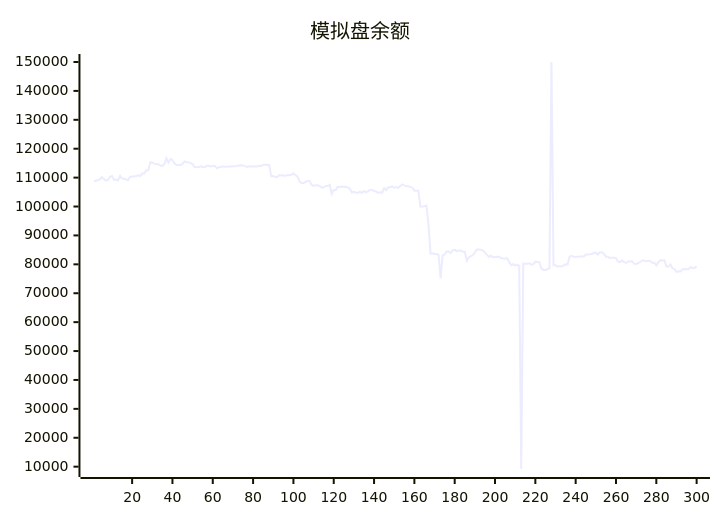
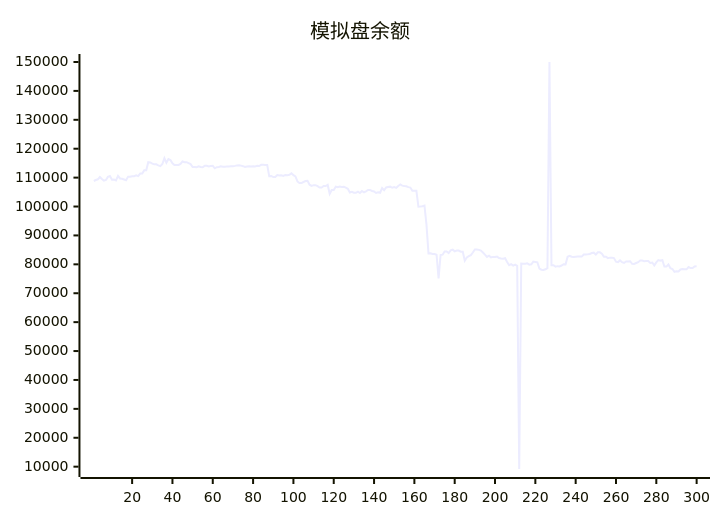
The diagram in README.md (aahl/ai-trading), drawn with Mermaid before and after one commit. The commit also changed other lines of this file and 1 other file, not shown here.

````diff
--- a/README.md
+++ b/README.md
@@ -5,5 +5,5 @@
 ```mermaid
 xychart
     title "模拟盘余额"
-    line [108863,108823,109162,109419,110224,109539,108945,109172,110262,110546,109304,109343,109053,110606,109702,109584,109337,109071,110342,110342,110488,110488,110814,110531,111421,111421,112518,112522,115341,115266,114830,114584,114588,114231,113973,114726,116697,115160,116423,116083,114950,114365,114365,114388,114730,115582,115358,115358,115032,114686,113688,113688,113610,113930,113672,113585,114083,114074,113840,113996,114051,113208,113593,113701,113901,113794,113784,113810,113848,113927,113929,114064,114232,114293,114144,113960,113698,113853,113942,113812,113908,113877,114091,113998,114427,114422,114384,114384,110477,110576,110198,110198,110890,110712,110812,110569,110929,110847,110968,111478,110870,110433,108661,108116,108115,108485,108797,108877,107536,107134,107393,107393,107046,106565,106565,107081,107081,107478,104404,105715,105749,106866,106651,106889,106771,106816,106565,106141,104876,105103,104796,104734,105169,104690,105380,104941,105272,105709,105739,105374,105227,104691,104924,104762,106364,105628,106608,106748,106872,106485,106721,106468,107132,107620,107224,107080,107001,106717,106567,105431,105431,105440,99950,100017,100113,100337,93749,83795,83807,83567,83567,83342,75168,83222,83336,84448,84449,83896,84839,85065,84499,84757,84757,84364,84347,81254,82385,82835,83184,84099,85150,85150,85002,84751,84096,83356,82582,82983,82404,82572,82512,82688,82200,82047,81920,82125,80840,79688,80060,79552,79920,79470,9193,80236,80208,80170,80336,79894,80006,80954,80837,80712,78561,78139,78037,78293,78682,150000,79720,79720,79214,79372,79279,79591,80046,79993,82625,82950,82626,82571,82633,82670,82670,82681,83386,83378,83464,83579,83920,84037,83402,84160,84142,83652,82655,82655,82145,82315,82243,82163,80934,80770,81371,80742,80468,80989,80989,81067,80191,80155,80450,80737,81309,81309,81106,81119,81119,80471,80631,79624,80670,81448,81290,81429,79212,79222,79940,78643,78380,77432,77623,77504,78235,78358,78284,78277,79048,78714,78714,79290]
+    line [108823,109162,109419,110224,109539,108945,109172,110262,110546,109304,109343,109053,110606,109702,109584,109337,109071,110342,110342,110488,110488,110814,110531,111421,111421,112518,112522,115341,115266,114830,114584,114588,114231,113973,114726,116697,115160,116423,116083,114950,114365,114365,114388,114730,115582,115358,115358,115032,114686,113688,113688,113610,113930,113672,113585,114083,114074,113840,113996,114051,113208,113593,113701,113901,113794,113784,113810,113848,113927,113929,114064,114232,114293,114144,113960,113698,113853,113942,113812,113908,113877,114091,113998,114427,114422,114384,114384,110477,110576,110198,110198,110890,110712,110812,110569,110929,110847,110968,111478,110870,110433,108661,108116,108115,108485,108797,108877,107536,107134,107393,107393,107046,106565,106565,107081,107081,107478,104404,105715,105749,106866,106651,106889,106771,106816,106565,106141,104876,105103,104796,104734,105169,104690,105380,104941,105272,105709,105739,105374,105227,104691,104924,104762,106364,105628,106608,106748,106872,106485,106721,106468,107132,107620,107224,107080,107001,106717,106567,105431,105431,105440,99950,100017,100113,100337,93749,83795,83807,83567,83567,83342,75168,83222,83336,84448,84449,83896,84839,85065,84499,84757,84757,84364,84347,81254,82385,82835,83184,84099,85150,85150,85002,84751,84096,83356,82582,82983,82404,82572,82512,82688,82200,82047,81920,82125,80840,79688,80060,79552,79920,79470,9193,80236,80208,80170,80336,79894,80006,80954,80837,80712,78561,78139,78037,78293,78682,150000,79720,79720,79214,79372,79279,79591,80046,79993,82625,82950,82626,82571,82633,82670,82670,82681,83386,83378,83464,83579,83920,84037,83402,84160,84142,83652,82655,82655,82145,82315,82243,82163,80934,80770,81371,80742,80468,80989,80989,81067,80191,80155,80450,80737,81309,81309,81106,81119,81119,80471,80631,79624,80670,81448,81290,81429,79212,79222,79940,78643,78380,77432,77623,77504,78235,78358,78284,78277,79048,78714,78714,79290,79308]
 ```
````
